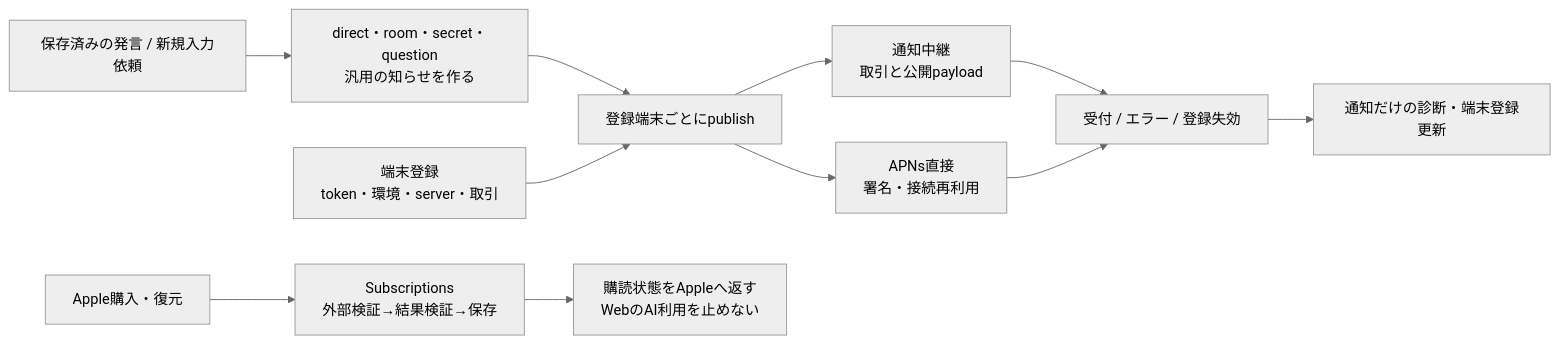
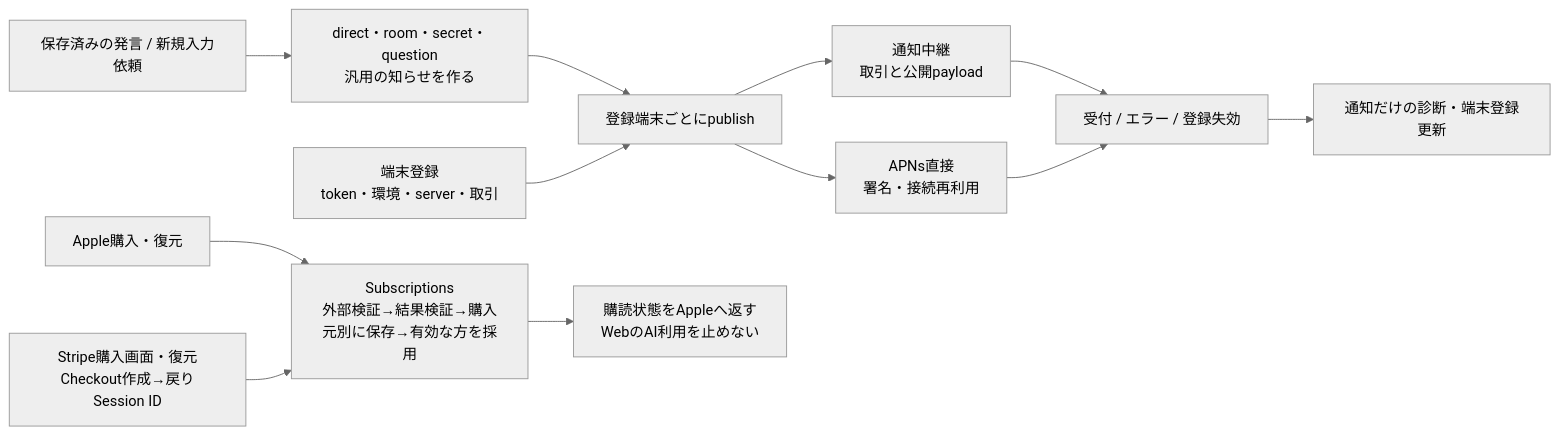
Before and after one commit to kitepon/BellTeam: the fifth of 5 diagrams in docs/architecture/modules/usage/flows.md, drawn with Mermaid (neutral theme). The commit also changed other lines of this file and 12 other files, not shown here.

First line of the commit message:
Billing: add Stripe beside Apple in the subscription check (a330)

````diff
--- a/docs/architecture/modules/usage/flows.md
+++ b/docs/architecture/modules/usage/flows.md
@@ -161,13 +161,14 @@
 ```mermaid
 flowchart LR
   Saved["保存済みの発言 / 新規入力依頼"] --> Event["direct・room・secret・question<br/>汎用の知らせを作る"]
   Event --> Publish["登録端末ごとにpublish"]
   Devices["端末登録<br/>token・環境・server・取引"] --> Publish
   Publish --> Relay["通知中継<br/>取引と公開payload"]
   Publish --> APNs["APNs直接<br/>署名・接続再利用"]
   Relay --> Result["受付 / エラー / 登録失効"]
   APNs --> Result
   Result --> Diag["通知だけの診断・端末登録更新"]
-  Apple["Apple購入・復元"] --> Verify["Subscriptions<br/>外部検証→結果検証→保存"]
+  Apple["Apple購入・復元"] --> Verify["Subscriptions<br/>外部検証→結果検証→購入元別に保存→有効な方を採用"]
+  Stripe["Stripe購入画面・復元<br/>Checkout作成→戻りSession ID"] --> Verify
   Verify --> Status["購読状態をAppleへ返す<br/>WebのAI利用を止めない"]
 ```
````
